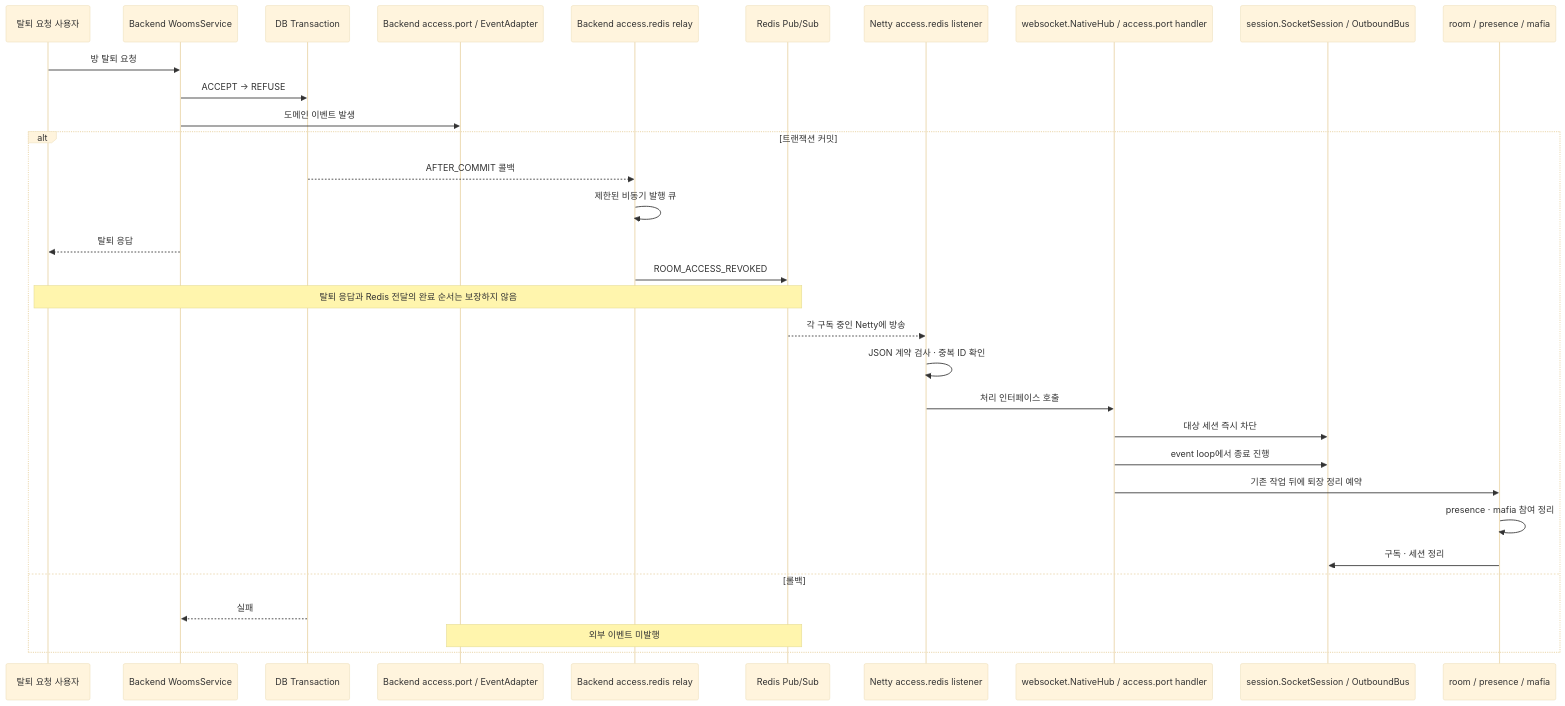
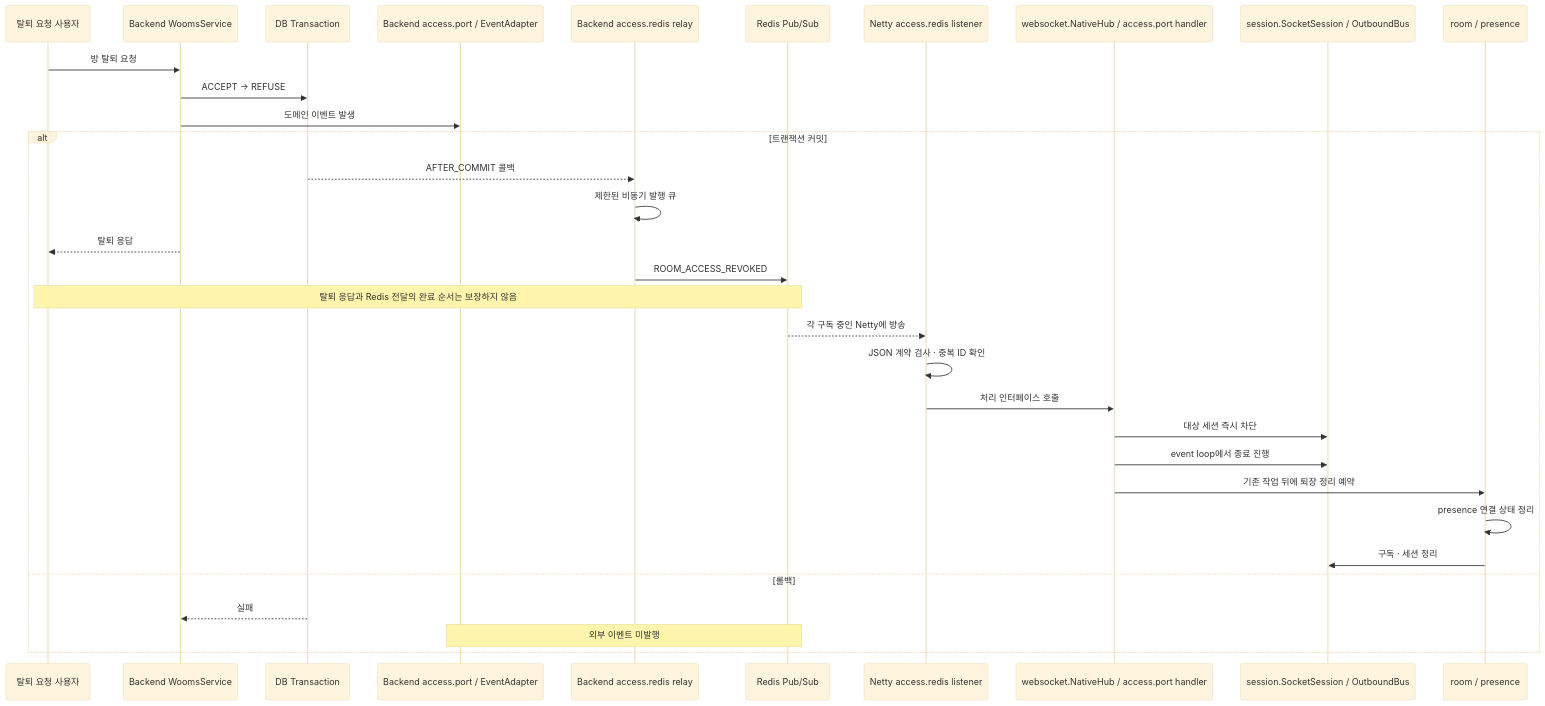
Before and after one commit to Woom-s-Land/wooms-socket: the fifth of 6 diagrams in docs/request-flows.md, drawn with Mermaid (base theme). The commit also changed other lines of this file and 29 other files, not shown here.

````diff
--- a/docs/request-flows.md
+++ b/docs/request-flows.md
@@ -194,35 +186,35 @@
 ```mermaid
 sequenceDiagram
     participant C as 탈퇴 요청 사용자
     participant WS as Backend WoomsService
     participant DB as DB Transaction
     participant P as Backend access.port / EventAdapter
     participant R as Backend access.redis relay
     participant Redis as Redis Pub/Sub
     participant A as Netty access.redis listener
     participant H as websocket.NativeHub / access.port handler
     participant S as session.SocketSession / OutboundBus
-    participant Q as room / presence / mafia
+    participant Q as room / presence
 
     C->>WS: 방 탈퇴 요청
     WS->>DB: ACCEPT → REFUSE
     WS->>P: 도메인 이벤트 발생
     alt 트랜잭션 커밋
         DB-->>R: AFTER_COMMIT 콜백
         R->>R: 제한된 비동기 발행 큐
         WS-->>C: 탈퇴 응답
         R->>Redis: ROOM_ACCESS_REVOKED
         Note over C,Redis: 탈퇴 응답과 Redis 전달의 완료 순서는 보장하지 않음
         Redis-->>A: 각 구독 중인 Netty에 방송
         A->>A: JSON 계약 검사 · 중복 ID 확인
         A->>H: 처리 인터페이스 호출
         H->>S: 대상 세션 즉시 차단
         H->>S: event loop에서 종료 진행
         H->>Q: 기존 작업 뒤에 퇴장 정리 예약
-        Q->>Q: presence · mafia 참여 정리
+        Q->>Q: presence 연결 상태 정리
         Q->>S: 구독 · 세션 정리
     else 롤백
         DB-->>WS: 실패
         Note over P,Redis: 외부 이벤트 미발행
     end
 ```
````
